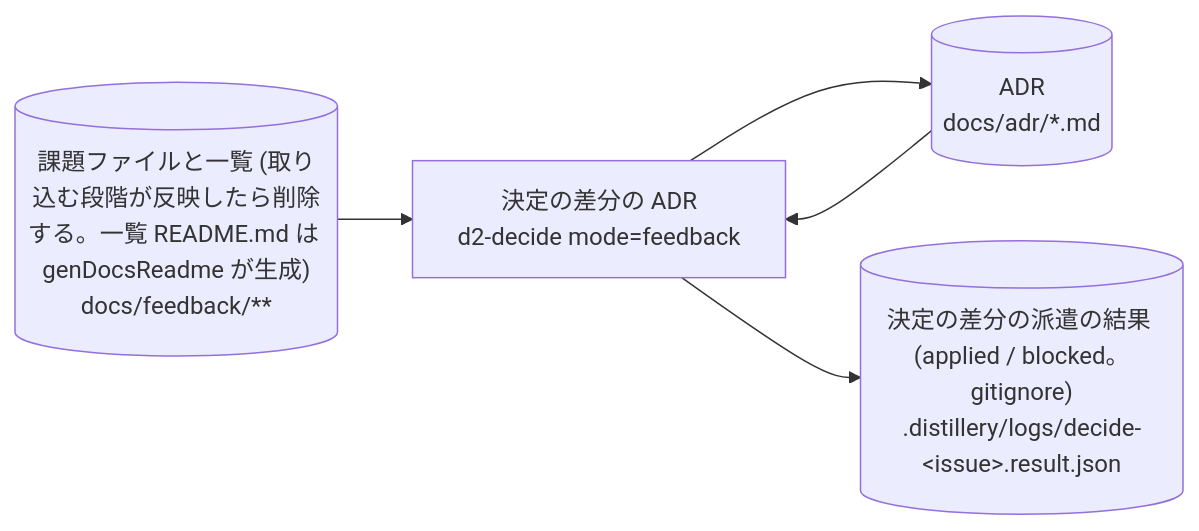
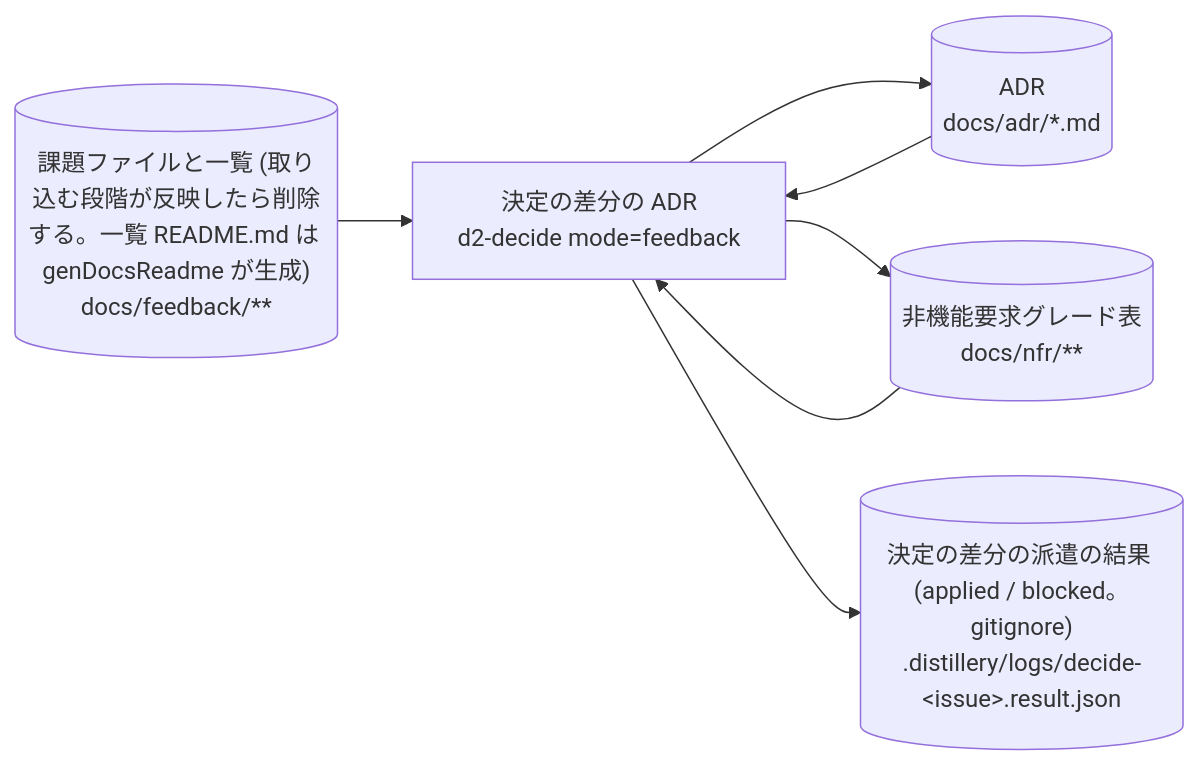
Before and after one commit to suwa-sh/suwa-sh-claude-plugins: the tenth of 53 diagrams in plugins/distillery2/skills/d2-common/references/dataflow.md, drawn with Mermaid. The commit also changed other lines of this file and 6 other files, not shown here.

````diff
--- a/plugins/distillery2/skills/d2-common/references/dataflow.md
+++ b/plugins/distillery2/skills/d2-common/references/dataflow.md
@@ -296,11 +296,14 @@
 ```mermaid
 flowchart LR
   p_decide_feedback["決定の差分の ADR<br/>d2-decide mode=feedback"]
   s_feedback_docs[("課題ファイルと一覧 (取り込む段階が反映したら削除する。一覧 README.md は genDocsReadme が生成)<br/>docs/feedback/**")]
   s_adr[("ADR<br/>docs/adr/*.md")]
+  s_nfr[("非機能要求グレード表<br/>docs/nfr/**")]
   s_decide_result[("決定の差分の派遣の結果 (applied / blocked。gitignore)<br/>.distillery/logs/decide-#lt;issue#gt;.result.json")]
   s_feedback_docs --> p_decide_feedback
   s_adr --> p_decide_feedback
+  s_nfr --> p_decide_feedback
   p_decide_feedback --> s_adr
+  p_decide_feedback --> s_nfr
   p_decide_feedback --> s_decide_result
 ```
````
